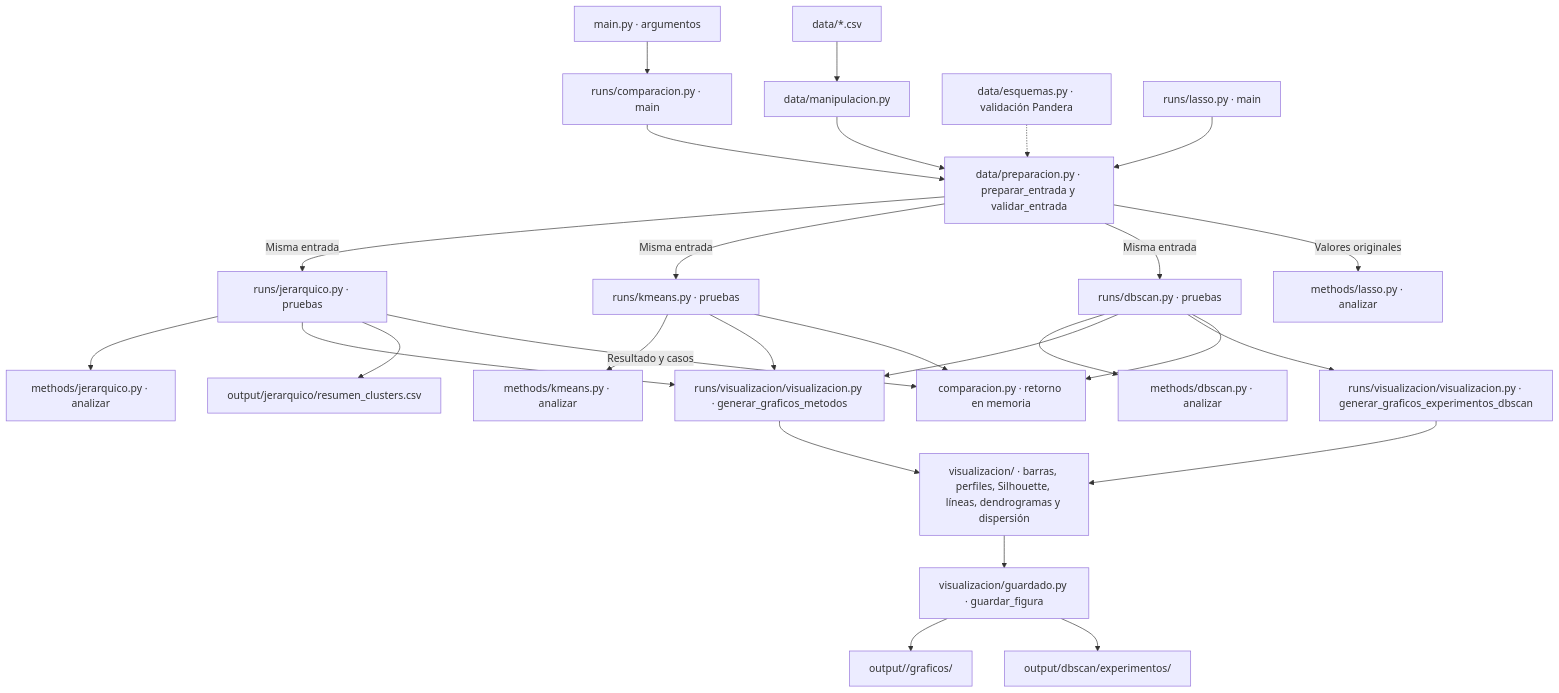
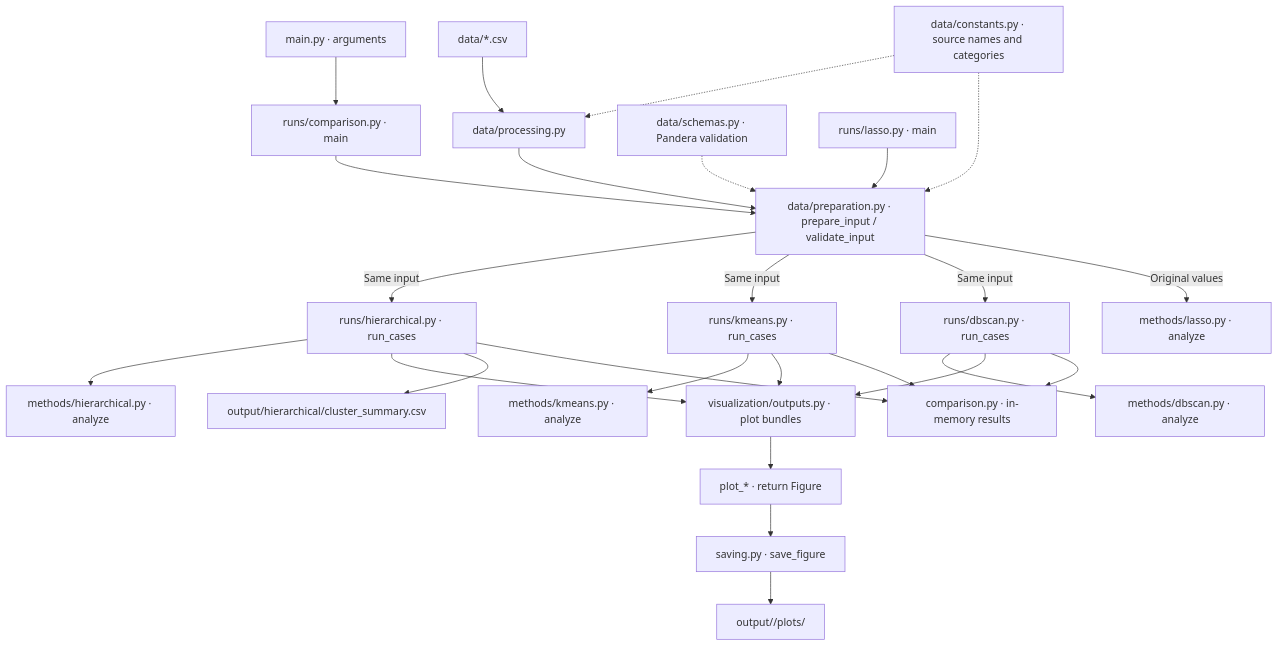
The diagram in docs/flujos/flujo-archivos.md (CowsmonDev/IO-Mineria-Codigo), drawn with Mermaid before and after one commit. The commit also changed other lines of this file and 70 other files, not shown here.

````diff
--- a/docs/flujos/flujo-archivos.md
+++ b/docs/flujos/flujo-archivos.md
@@ -7,28 +7,27 @@
 ```mermaid
 flowchart TD
-    MAIN["main.py · argumentos"] --> COMP["runs/comparacion.py · main"]
-    COMP --> PRE["data/preparacion.py · preparar_entrada y validar_entrada"]
-    CSV["data/*.csv"] --> MAN["data/manipulacion.py"] --> PRE
-    ESQ["data/esquemas.py · validación Pandera"] -.-> PRE
-    PRE -- "Misma entrada" --> J["runs/jerarquico.py · pruebas"]
-    PRE -- "Misma entrada" --> K["runs/kmeans.py · pruebas"]
-    PRE -- "Misma entrada" --> D["runs/dbscan.py · pruebas"]
-    J --> MJ["methods/jerarquico.py · analizar"]
-    K --> MK["methods/kmeans.py · analizar"]
-    D --> MD["methods/dbscan.py · analizar"]
-    J --> VIS["runs/visualizacion/visualizacion.py · generar_graficos_metodos"]
+    MAIN["main.py · arguments"] --> COMP["runs/comparison.py · main"]
+    COMP --> PRE["data/preparation.py · prepare_input / validate_input"]
+    CSV["data/*.csv"] --> MAN["data/processing.py"] --> PRE
+    CONST["data/constants.py · source names and categories"] -.-> MAN
+    CONST -.-> PRE
+    SCHEMA["data/schemas.py · Pandera validation"] -.-> PRE
+    PRE -- "Same input" --> J["runs/hierarchical.py · run_cases"]
+    PRE -- "Same input" --> K["runs/kmeans.py · run_cases"]
+    PRE -- "Same input" --> D["runs/dbscan.py · run_cases"]
+    J --> MJ["methods/hierarchical.py · analyze"]
+    K --> MK["methods/kmeans.py · analyze"]
+    D --> MD["methods/dbscan.py · analyze"]
+    J --> VIS["visualization/outputs.py · plot bundles"]
     K --> VIS
     D --> VIS
-    D --> VP["runs/visualizacion/visualizacion.py · generar_graficos_experimentos_dbscan"]
-    J --> CSVJ["output/jerarquico/resumen_clusters.csv"]
-    VIS --> DIB["visualizacion/ · barras, perfiles, Silhouette, líneas, dendrogramas y dispersión"]
-    VP --> DIB
-    DIB --> GUARD["visualizacion/guardado.py · guardar_figura"]
-    GUARD --> G["output/<método>/graficos/"]
-    GUARD --> EXP["output/dbscan/experimentos/"]
-    J -- "Resultado y casos" --> RES["comparacion.py · retorno en memoria"]
-    K --> RES
-    D --> RES
+    VIS --> DRAW["plot_* · return Figure"]
+    DRAW --> SAVE["saving.py · save_figure"]
+    SAVE --> OUT["output/<method>/plots/"]
+    J --> SUMMARY["output/hierarchical/cluster_summary.csv"]
+    J --> RESULT["comparison.py · in-memory results"]
+    K --> RESULT
+    D --> RESULT
     L["runs/lasso.py · main"] --> PRE
-    PRE -- "Valores originales" --> ML["methods/lasso.py · analizar"]
+    PRE -- "Original values" --> ML["methods/lasso.py · analyze"]
 ```
````
